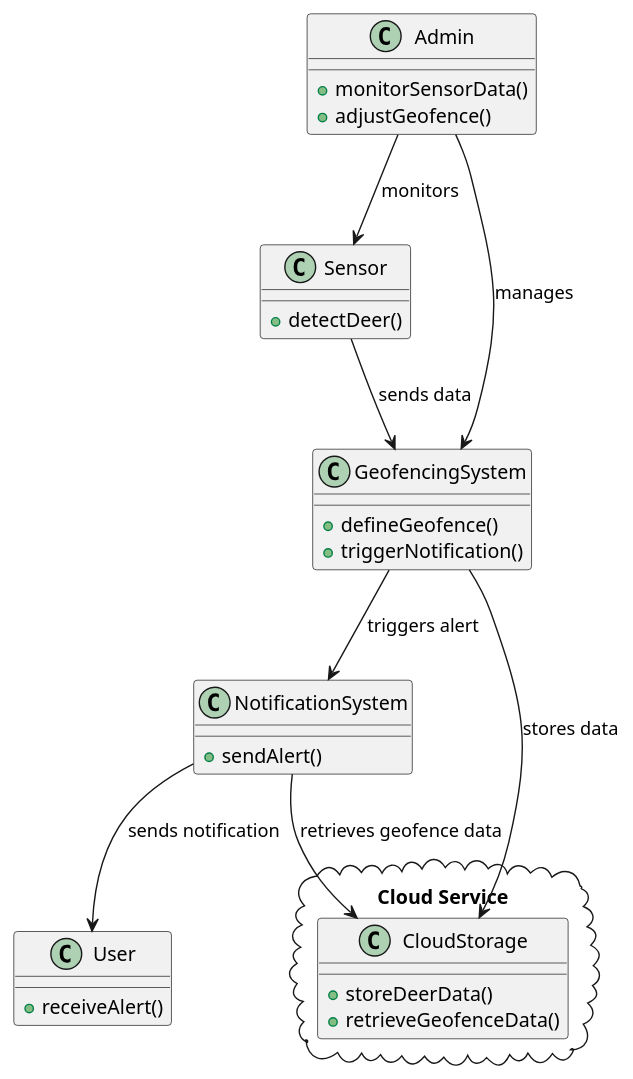
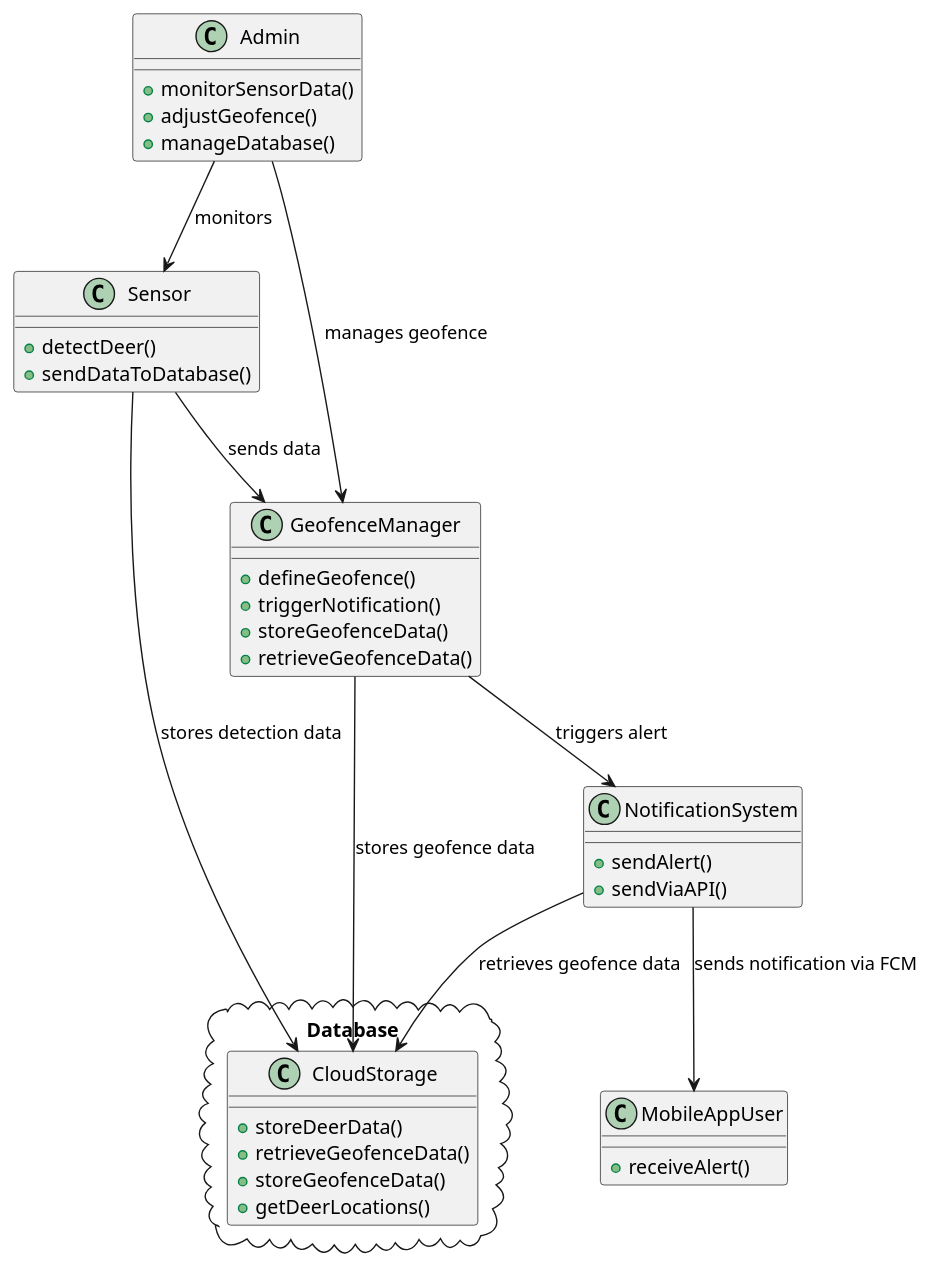
One commit to kxs1119/Detection-System changed the diagram in docs/diagrams/class.puml. Above: the diagram before and after it, drawn with PlantUML. The commit also changed 6 other files, not shown here.

Commit message:
Adapted the UML with the new edgecases

```diff
--- a/docs/diagrams/class.puml
+++ b/docs/diagrams/class.puml
@@ -1,40 +1,48 @@
 @startuml
 
-cloud "Cloud Service" {
+cloud "Database" {
     class CloudStorage {
         +storeDeerData()
         +retrieveGeofenceData()
+        +storeGeofenceData()
+        +getDeerLocations()
     }
 }
 
 class Sensor {
     +detectDeer()
+    +sendDataToDatabase()
 }
 
-class GeofencingSystem {
+class GeofenceManager {
     +defineGeofence()
     +triggerNotification()
+    +storeGeofenceData()
+    +retrieveGeofenceData()
 }
 
 class NotificationSystem {
     +sendAlert()
+    +sendViaAPI()
 }
 
-class User {
+class MobileAppUser {
     +receiveAlert()
 }
 
 class Admin {
     +monitorSensorData()
     +adjustGeofence()
+    +manageDatabase()
 }
 
-Sensor --> GeofencingSystem : sends data
-GeofencingSystem --> NotificationSystem : triggers alert
-NotificationSystem --> User : sends notification
-Admin --> GeofencingSystem : manages
+Sensor --> GeofenceManager : sends data
+Sensor --> CloudStorage : stores detection data
+GeofenceManager --> NotificationSystem : triggers alert
+NotificationSystem --> MobileAppUser : sends notification via FCM
+Admin --> GeofenceManager : manages geofence
 Admin --> Sensor : monitors
-GeofencingSystem --> CloudStorage : stores data
+GeofenceManager --> CloudStorage : stores geofence data
 NotificationSystem --> CloudStorage : retrieves geofence data
 
 @enduml
```
